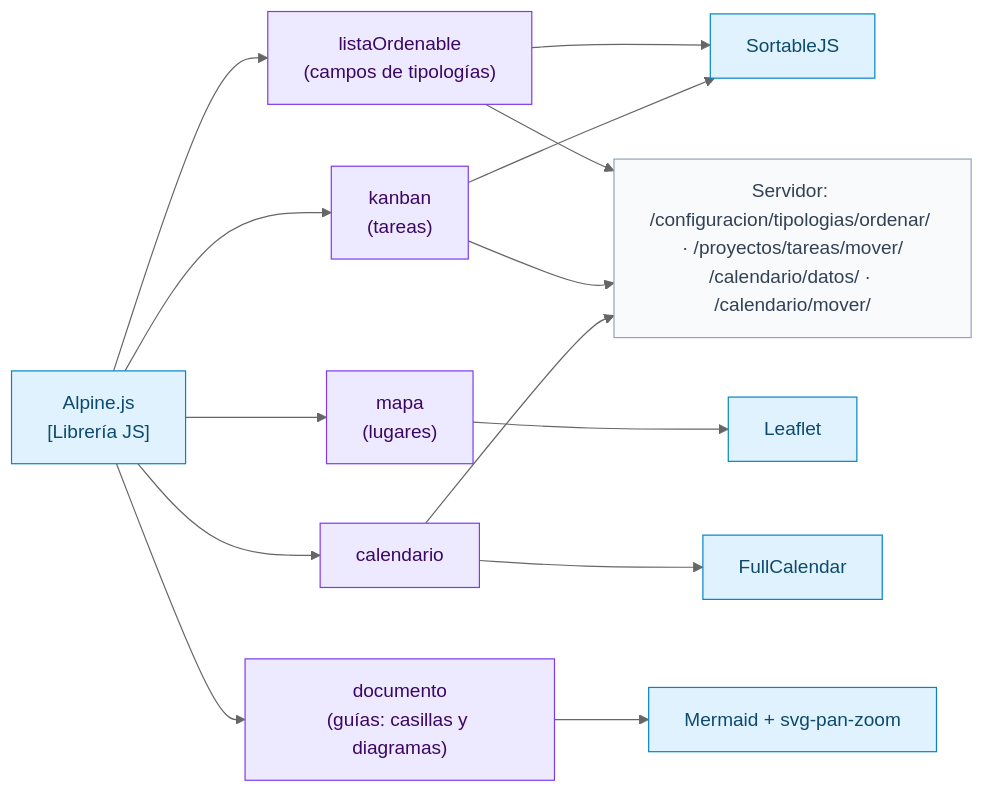
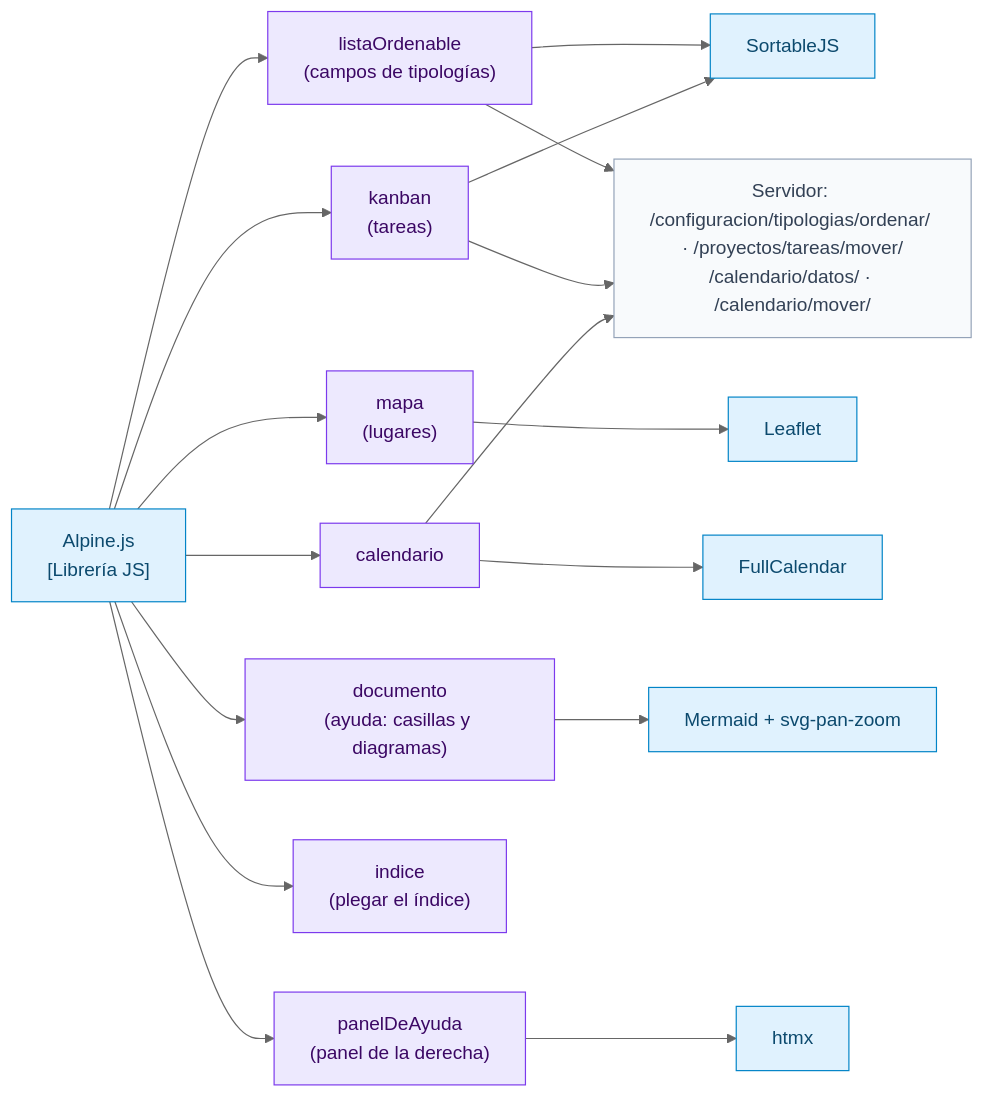
One commit to chemabc/groupy changed diagram 30 of 33 in docs/arquitectura.md. Above: the diagram before and after it, drawn with Mermaid (neutral theme). The commit also changed other lines of this file and 54 other files, not shown here.

First line of the commit message:
Ayuda: menú en un solo fichero, sección «Ayuda» y panel de ayuda

````diff
--- a/docs/arquitectura.md
+++ b/docs/arquitectura.md
@@ -771,24 +818,28 @@
 ```mermaid
 flowchart LR
   classDef isla fill:#ede9fe,stroke:#7c3aed,color:#3b0764
   classDef libjs fill:#e0f2fe,stroke:#0284c7,color:#0c4a6e
   classDef otro fill:#f8fafc,stroke:#94a3b8,color:#334155
   alp["Alpine.js<br/>[Librería JS]"]:::libjs
   ordenable["listaOrdenable<br/>(campos de tipologías)"]:::isla
   kanban["kanban<br/>(tareas)"]:::isla
   mapa["mapa<br/>(lugares)"]:::isla
   calendario["calendario"]:::isla
-  documento["documento<br/>(guías: casillas y diagramas)"]:::isla
+  documento["documento<br/>(ayuda: casillas y diagramas)"]:::isla
+  indice["indice<br/>(plegar el índice)"]:::isla
+  panelAyuda["panelDeAyuda<br/>(panel de la derecha)"]:::isla
+  htmxlib["htmx"]:::libjs
   sortable["SortableJS"]:::libjs
   leaflet["Leaflet"]:::libjs
   fc["FullCalendar"]:::libjs
   mer["Mermaid + svg-pan-zoom"]:::libjs
   srv["Servidor: /configuracion/tipologias/ordenar/ · /proyectos/tareas/mover/<br/>/calendario/datos/ · /calendario/mover/"]:::otro
-  alp --> ordenable & kanban & mapa & calendario & documento
+  alp --> ordenable & kanban & mapa & calendario & documento & indice & panelAyuda
+  panelAyuda --> htmxlib
   ordenable --> sortable
   kanban --> sortable
   mapa --> leaflet
   calendario --> fc
   documento --> mer
   ordenable & kanban & calendario --> srv
 ```
````
